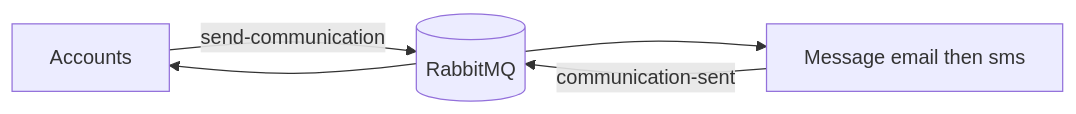
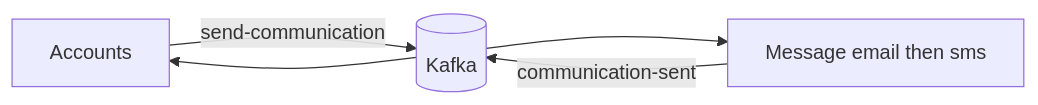
One commit to cham207388/master-ms-sb changed the second of 2 diagrams in README.md. Above: the diagram before and after it, drawn with Mermaid. The commit also changed other lines of this file and 11 other files, not shown here.

````diff
--- a/README.md
+++ b/README.md
@@ -90,7 +90,7 @@
 ```mermaid
 flowchart LR
-  ACC[Accounts] -->|send-communication| RMQ[(RabbitMQ)]
+  ACC[Accounts] -->|send-communication| RMQ[(Kafka)]
   RMQ --> MSG[Message email then sms]
   MSG -->|communication-sent| RMQ
   RMQ --> ACC
 ```
````
